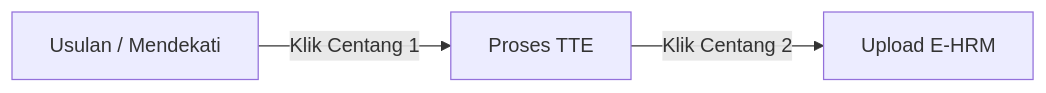
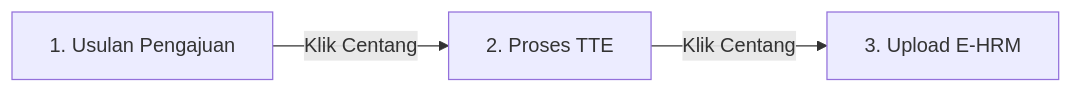
Before and after one commit to seiji8/dashboard-kepegawaian-pusdatin-PU: the first of 3 diagrams in Buku_Panduan_Penggunaan.md, drawn with Mermaid. The commit also changed other lines of this file and 2 other files, not shown here.

````diff
--- a/Buku_Panduan_Penggunaan.md
+++ b/Buku_Panduan_Penggunaan.md
@@ -100,5 +105,5 @@
 ```mermaid
 graph LR
-    A[Usulan / Mendekati] -->|Klik Centang 1| B[Proses TTE]
-    B -->|Klik Centang 2| C[Upload E-HRM]
+    A[1. Usulan Pengajuan] -->|Klik Centang| B[2. Proses TTE]
+    B -->|Klik Centang| C[3. Upload E-HRM]
 ```
````
